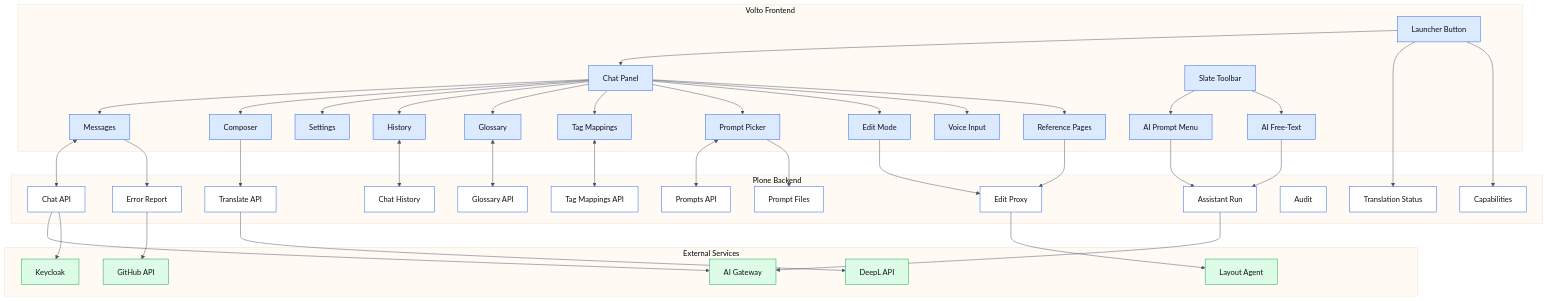
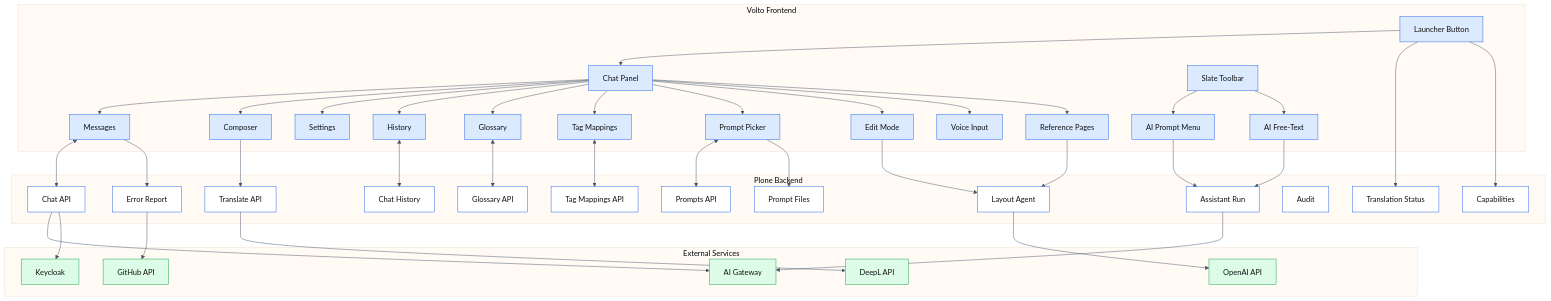
The seventh of 8 diagrams in README.md (interaktivgmbh/volto-interaktiv-kyra), drawn with Mermaid before and after one commit. The commit also changed other lines of this file, not shown here.

First line of the commit message:
Update Layout Agent integration and streamline configuration

````diff
--- a/README.md
+++ b/README.md
@@ -446,7 +447,7 @@
         C7["Capabilities"]
         C8["Assistant Run"]
         C9["Prompt Files"]
-        C10["Edit Proxy"]
+        C10["Layout Agent"]
         C11["Audit"]
         C12["Chat History"]
         C13["Error Report"]
@@ -456,7 +457,7 @@
         GW["AI Gateway"]
         DL["DeepL API"]
         KC["Keycloak"]
-        LA["Layout Agent"]
+        OAI["OpenAI API"]
         GH["GitHub API"]
     end
 
@@ -478,7 +479,7 @@
     C1 --> KC
     C2 --> DL
     C8 --> GW
-    C10 --> LA
+    C10 --> OAI
     C13 --> GH
 
     style L fill:#dbeafe,stroke:#2563eb,color:#111
@@ -512,6 +513,6 @@
     style GW fill:#dcfce7,stroke:#16a34a,color:#111
     style DL fill:#dcfce7,stroke:#16a34a,color:#111
     style KC fill:#dcfce7,stroke:#16a34a,color:#111
-    style LA fill:#dcfce7,stroke:#16a34a,color:#111
+    style OAI fill:#dcfce7,stroke:#16a34a,color:#111
     style GH fill:#dcfce7,stroke:#16a34a,color:#111
 ```
````
